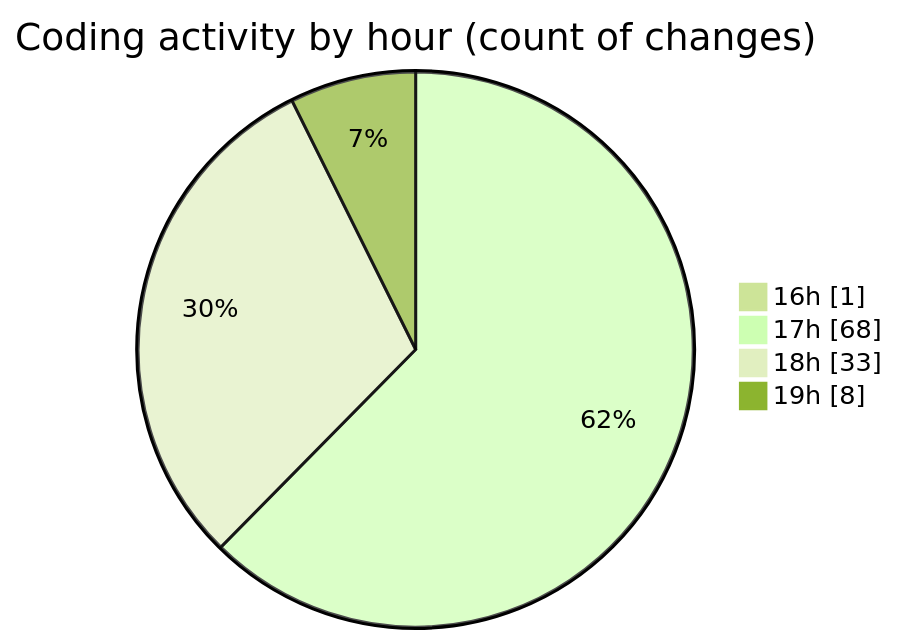
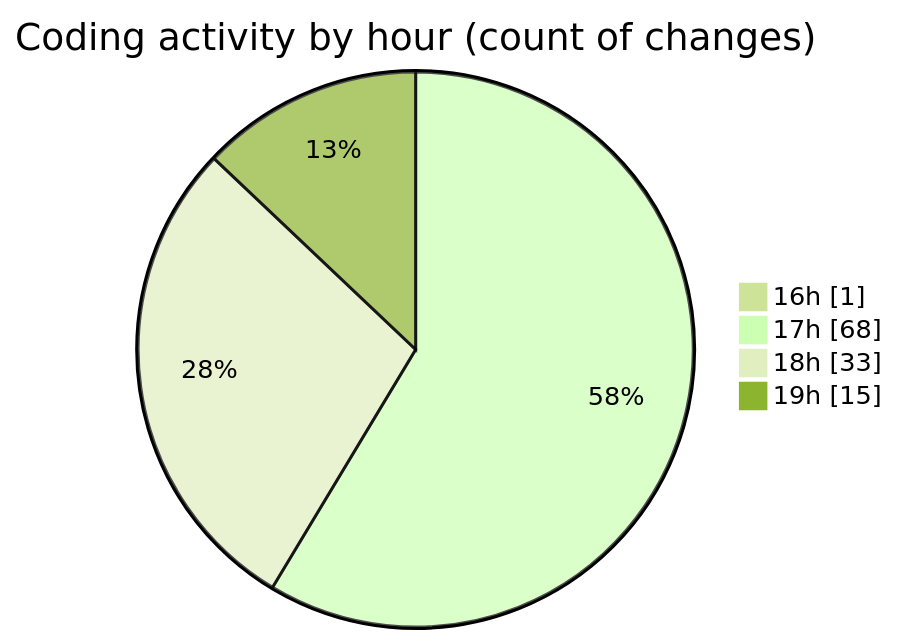
The second of 2 diagrams in 2025-05-27/studio-backend/README.md (idhammustaqopulfikri/code-tracking), drawn with Mermaid (forest theme) before and after one commit. The commit also changed other lines of this file and 1 other file, not shown here.

````diff
--- a/2025-05-27/studio-backend/README.md
+++ b/2025-05-27/studio-backend/README.md
@@ -64,8 +64,8 @@
 ```mermaid
 pie showData
 title Coding activity by hour (count of changes)
 "16h" : 1
 "17h" : 68
 "18h" : 33
-"19h" : 8
+"19h" : 15
 ```
````
